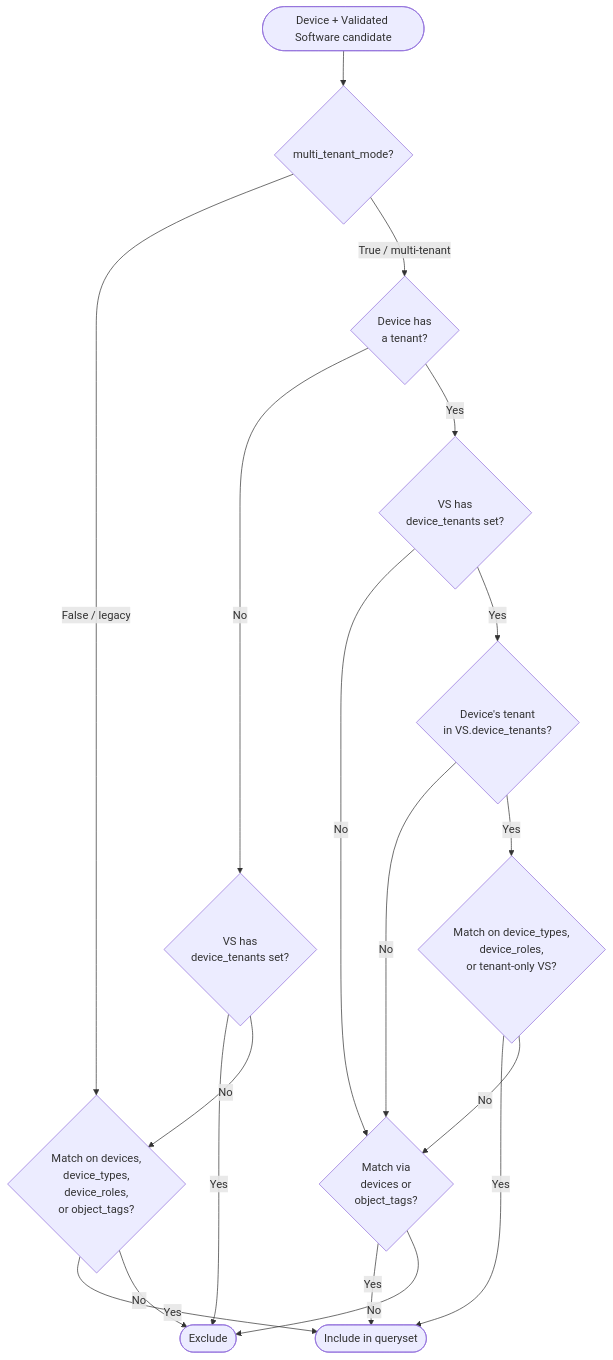
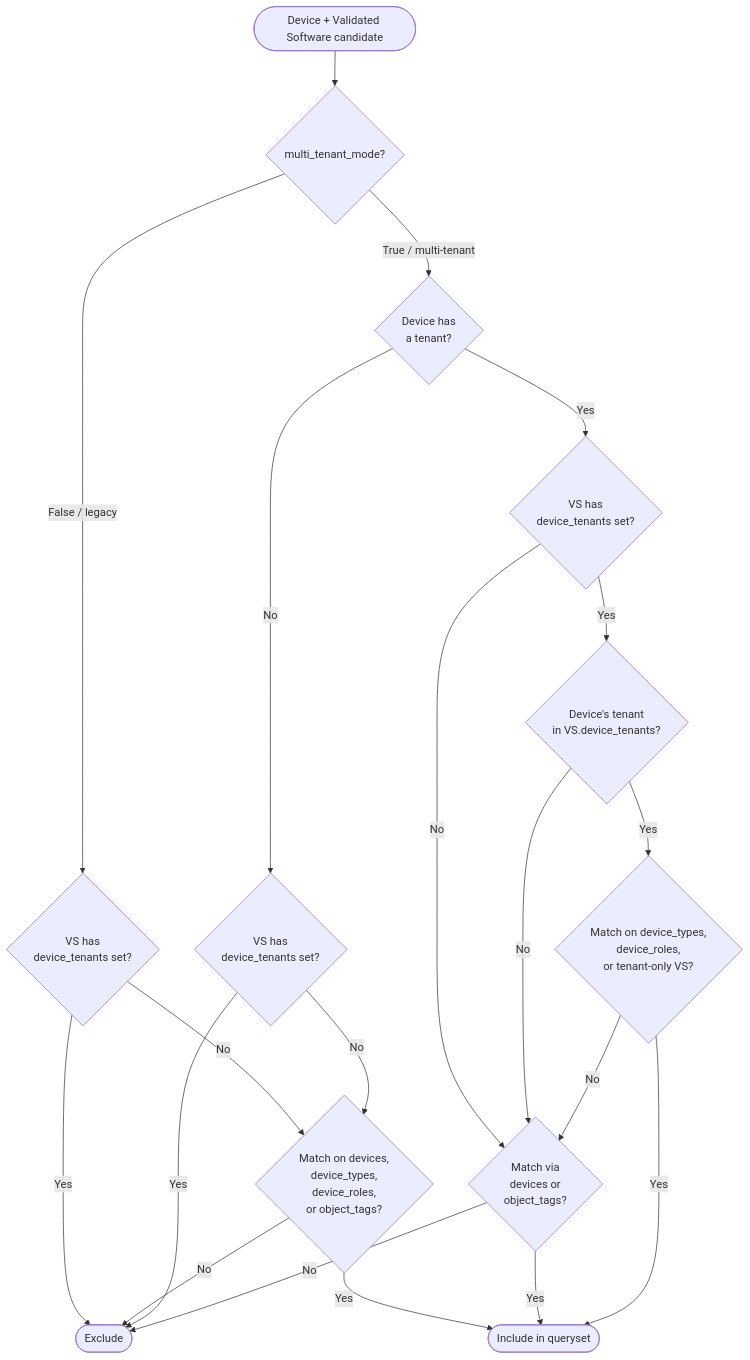
Before and after one commit to nautobot/nautobot-app-device-lifecycle-mgmt: the diagram in docs/user/software_lifecycle.md, drawn with Mermaid. The commit also changed other lines of this file and 2 other files, not shown here.

Commit message:
FEAT: changed filtering behavior. DOCS: documented new behavior. 	modified:   docs/admin/install.md 	modified:   docs/user/software_lifecycle.md 	modified:   nautobot_device_lifecycle_mgmt/software_filters.py

````diff
--- a/docs/user/software_lifecycle.md
+++ b/docs/user/software_lifecycle.md
@@ -80,25 +80,27 @@
 ```mermaid
 flowchart TD
     Start([Device + Validated Software candidate]) --> Flag{multi_tenant_mode?}
 
-    Flag -- False / legacy --> LegacyMatch{Match on devices,<br/>device_types,<br/>device_roles,<br/>or object_tags?}
+    Flag -- "False / legacy" --> LegacyVSTenant{VS has<br/>device_tenants set?}
+    LegacyVSTenant -- Yes --> Exclude([Exclude])
+    LegacyVSTenant -- No --> LegacyMatch{Match on devices,<br/>device_types,<br/>device_roles,<br/>or object_tags?}
     LegacyMatch -- Yes --> Include([Include in queryset])
-    LegacyMatch -- No --> Exclude([Exclude])
+    LegacyMatch -- No --> Exclude
 
     Flag -- True / multi-tenant --> DeviceTenant{Device has<br/>a tenant?}
 
     DeviceTenant -- No --> UntenantedVS{VS has<br/>device_tenants set?}
     UntenantedVS -- Yes --> Exclude
     UntenantedVS -- No --> LegacyMatch
 
     DeviceTenant -- Yes --> TenantedVS{VS has<br/>device_tenants set?}
     TenantedVS -- No --> TagOrDirect{Match via<br/>devices or<br/>object_tags?}
     TagOrDirect -- Yes --> Include
     TagOrDirect -- No --> Exclude
 
     TenantedVS -- Yes --> TenantMatches{Device's tenant<br/>in VS.device_tenants?}
     TenantMatches -- No --> TagOrDirect
     TenantMatches -- Yes --> TenantScopedMatch{Match on device_types,<br/>device_roles,<br/>or tenant-only VS?}
     TenantScopedMatch -- Yes --> Include
     TenantScopedMatch -- No --> TagOrDirect
 ```
````
